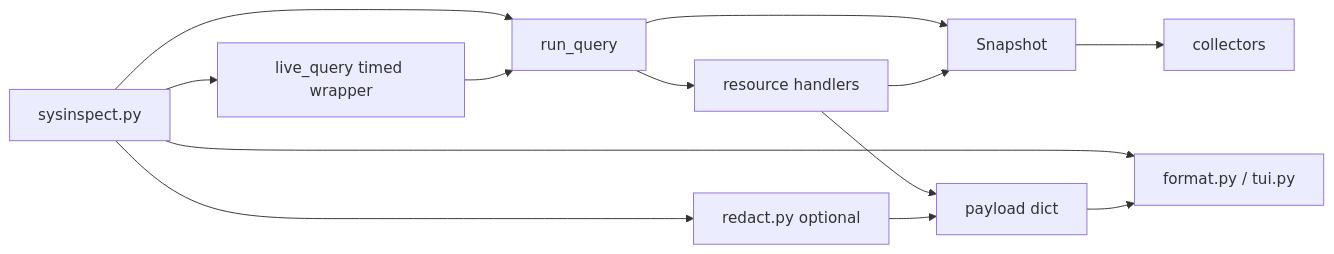
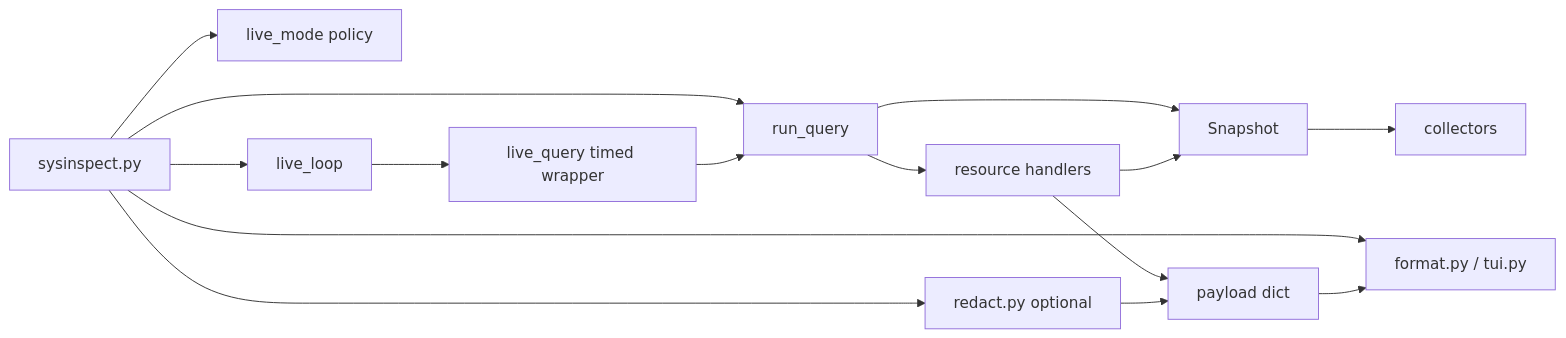
One commit to nnapkin12/System-Inspector changed the diagram in ARCHITECTURE.md. Above: the diagram before and after it, drawn with Mermaid. The commit also changed other lines of this file and 19 other files, not shown here.

Commit message:
made live default, optomized live mode

````diff
--- a/ARCHITECTURE.md
+++ b/ARCHITECTURE.md
@@ -7,15 +7,17 @@
 ```mermaid
 flowchart LR
-  CLI[sysinspect.py] --> RQ[run_query]
+  CLI[sysinspect.py] --> LM[live_mode policy]
+  CLI --> RQ[run_query]
   RQ --> SNAP[Snapshot]
   SNAP --> COL[collectors]
   RQ --> RES[resource handlers]
   RES --> SNAP
-  CLI --> LQ[live_query timed wrapper]
+  CLI --> LL[live_loop]
+  LL --> LQ[live_query timed wrapper]
   LQ --> RQ
   CLI --> FMT[format.py / tui.py]
   RES --> OUT[payload dict]
   OUT --> FMT
   CLI --> RED[redact.py optional]
   RED --> OUT
 ```
````
